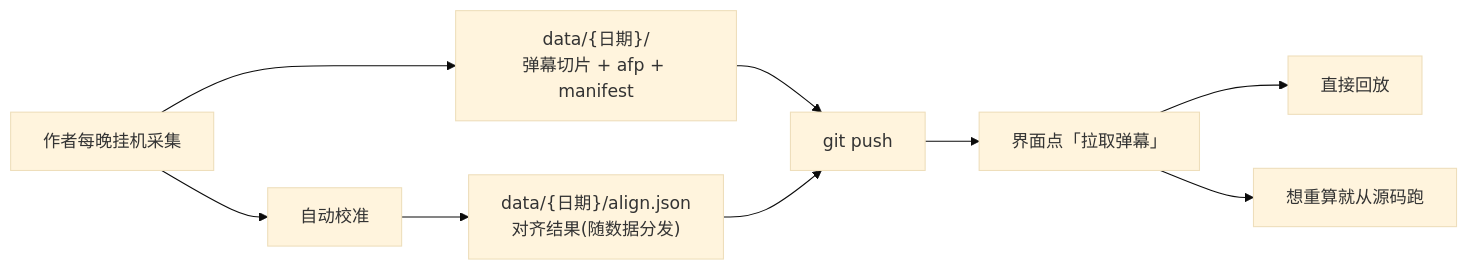
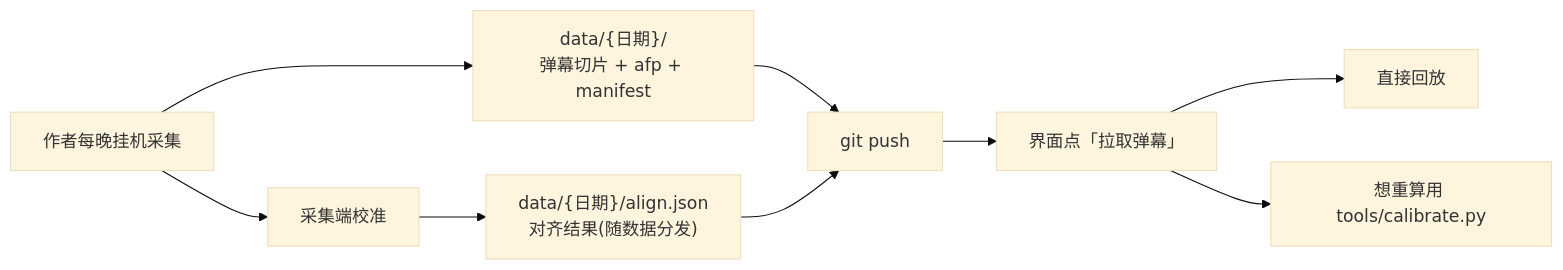
Before and after one commit to root9701/danmaku-timewarp: the second of 4 diagrams in DISTRIBUTION.md, drawn with Mermaid (base theme). The commit also changed other lines of this file and 16 other files, not shown here.

````diff
--- a/DISTRIBUTION.md
+++ b/DISTRIBUTION.md
@@ -162,11 +162,11 @@
 ```mermaid
 flowchart LR
     A["作者每晚挂机采集"] --> B["data/{日期}/<br/>弹幕切片 + afp + manifest"]
-    A --> C["自动校准"]
+    A --> C["采集端校准"]
     C --> D["data/{日期}/align.json<br/>对齐结果(随数据分发)"]
     B --> E["git push"]
     D --> E
     E --> F["界面点「拉取弹幕」"]
     F --> G["直接回放"]
-    F --> H["想重算就从源码跑"]
+    F --> H["想重算用 tools/calibrate.py"]
 ```
````
